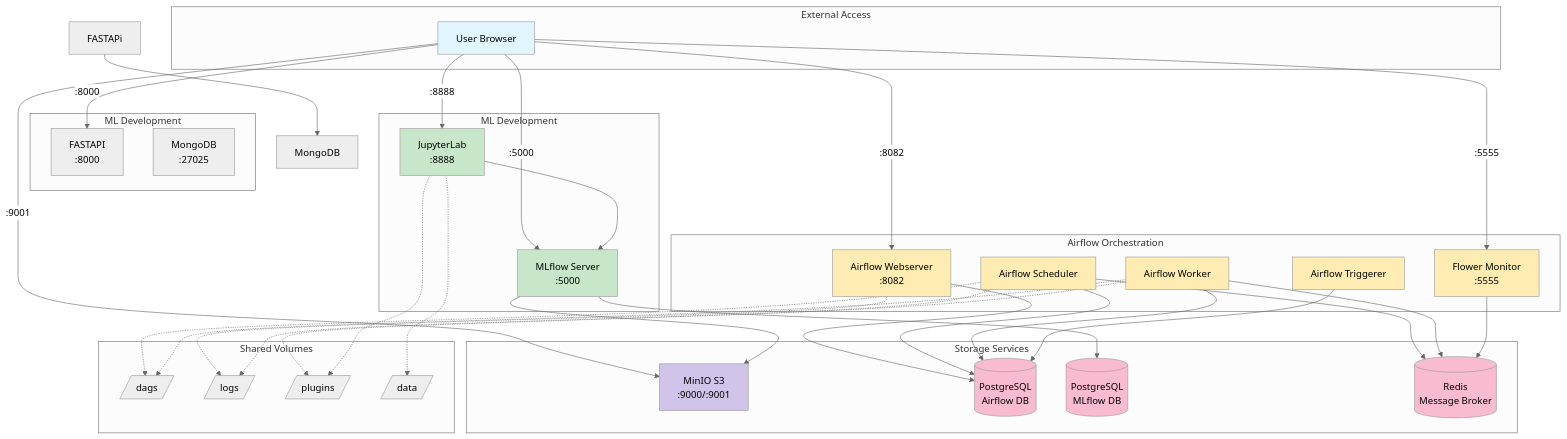
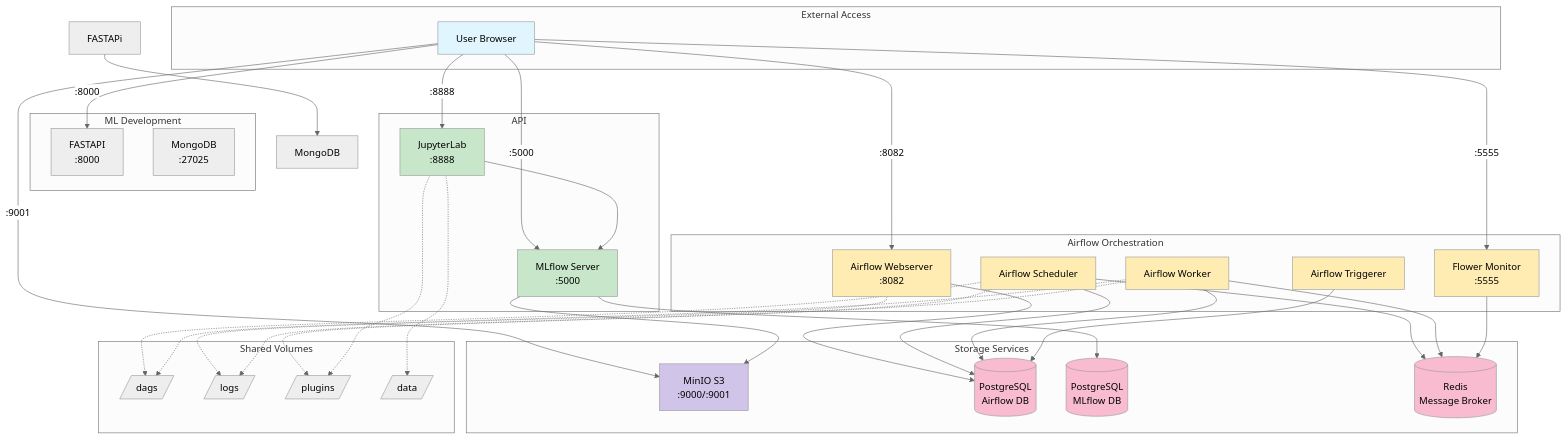
The diagram in README.md (franck-roussel/MLops_Multiclass_Rakuten), drawn with Mermaid (neutral theme) before and after one commit. The commit also changed other lines of this file, not shown here.

````diff
--- a/README.md
+++ b/README.md
@@ -7,79 +7,79 @@
 ```mermaid
 graph TB
     subgraph "External Access"
         USER[User Browser]
     end
     
     subgraph "Airflow Orchestration"
         WEBSERVER[Airflow Webserver<br/>:8082]
         SCHEDULER[Airflow Scheduler]
         WORKER[Airflow Worker]
         TRIGGERER[Airflow Triggerer]
         FLOWER[Flower Monitor<br/>:5555]
     end
     
     subgraph "ML Development"
         FASTAPI[FASTAPI<br/>:8000]
         MONGODB[MongoDB<br/>:27025]
     end
     
-    subgraph "ML Development"
+    subgraph "API"
         JUPYTER[JupyterLab<br/>:8888]
         MLFLOW[MLflow Server<br/>:5000]
     end
     
     subgraph "Storage Services"
         MINIO[MinIO S3<br/>:9000/:9001]
         POSTGRES_AF[(PostgreSQL<br/>Airflow DB)]
         POSTGRES_ML[(PostgreSQL<br/>MLflow DB)]
         REDIS[(Redis<br/>Message Broker)]
     end
     
     subgraph "Shared Volumes"
         DAGS[/dags/]
         LOGS[/logs/]
         PLUGINS[/plugins/]
         DATA[/data/]
     end
     
     USER -->|:8082| WEBSERVER
     USER -->|:8888| JUPYTER
     USER -->|:5000| MLFLOW
     USER -->|:9001| MINIO
     USER -->|:5555| FLOWER
     USER -->|:8000| FASTAPI
     
     WEBSERVER --> POSTGRES_AF
     SCHEDULER --> POSTGRES_AF
     SCHEDULER --> REDIS
     WORKER --> REDIS
     WORKER --> POSTGRES_AF
     TRIGGERER --> POSTGRES_AF
     FLOWER --> REDIS
     FASTAPi --> MongoDB
     
     MLFLOW --> POSTGRES_ML
     MLFLOW --> MINIO
     JUPYTER --> MLFLOW
     
     SCHEDULER -.-> DAGS
     WORKER -.-> DAGS
     WORKER -.-> PLUGINS
     WEBSERVER -.-> LOGS
     SCHEDULER -.-> LOGS
     JUPYTER -.-> DATA
     JUPYTER -.-> PLUGINS
     
     style USER fill:#e1f5ff
     style WEBSERVER fill:#ffecb3
     style SCHEDULER fill:#ffecb3
     style WORKER fill:#ffecb3
     style TRIGGERER fill:#ffecb3
     style FLOWER fill:#ffecb3
     style JUPYTER fill:#c8e6c9
     style MLFLOW fill:#c8e6c9
     style POSTGRES_AF fill:#f8bbd0
     style POSTGRES_ML fill:#f8bbd0
     style REDIS fill:#f8bbd0
     style MINIO fill:#d1c4e9
 ```
````
